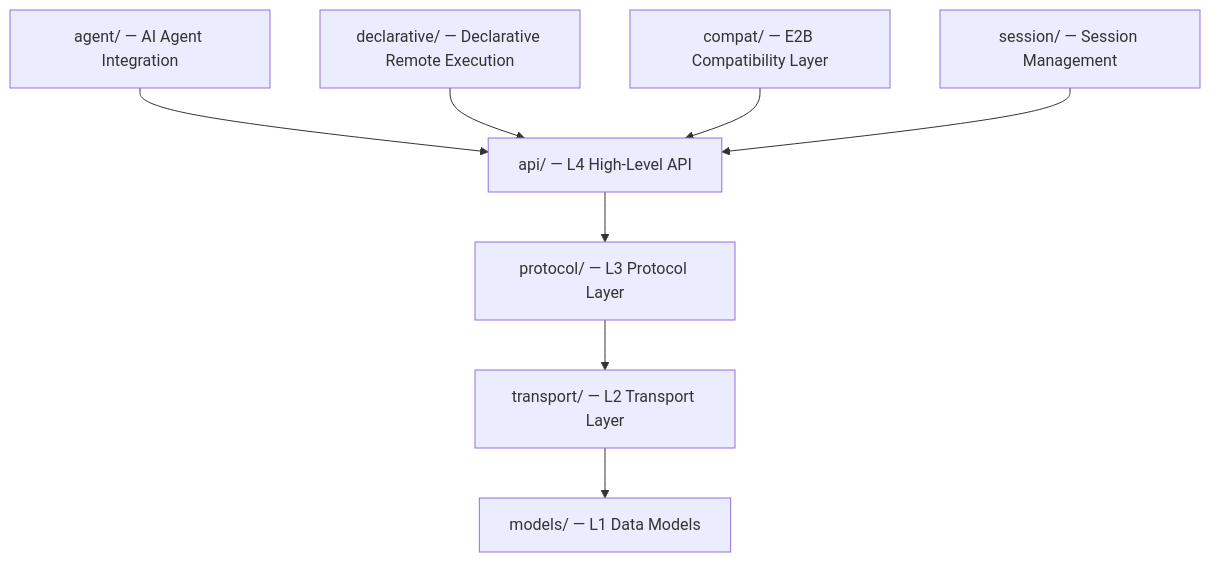
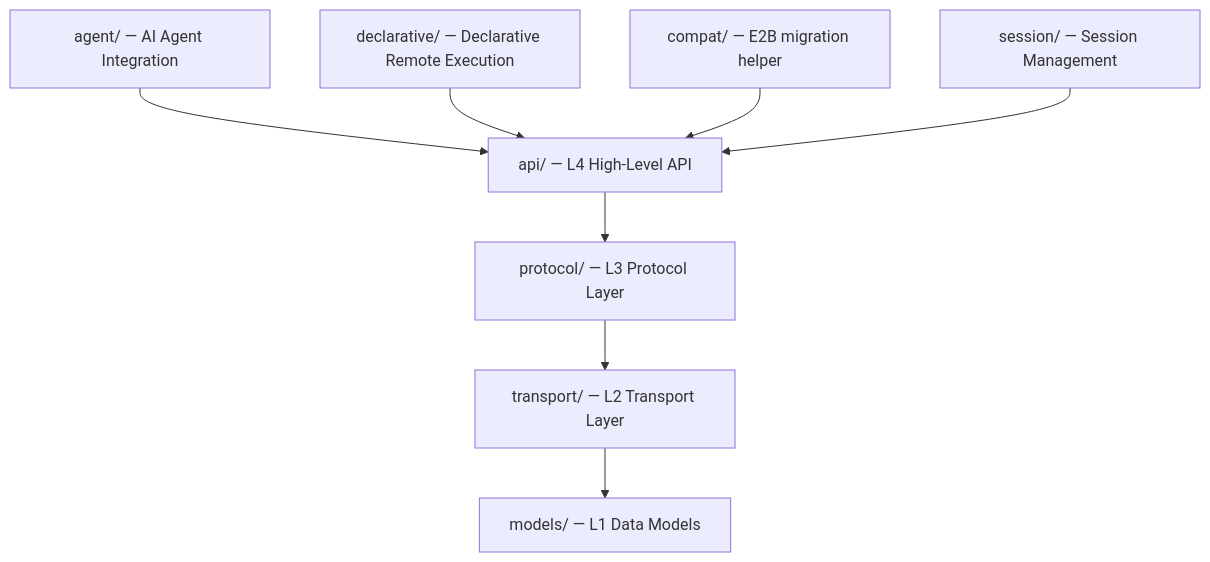
Before and after one commit to Alibaba-Agent-Sandbox/python-sdk: the third of 3 diagrams in docs/en/explanation/architecture-overview.md, drawn with Mermaid. The commit also changed other lines of this file and 819 other files, not shown here.

````diff
--- a/docs/en/explanation/architecture-overview.md
+++ b/docs/en/explanation/architecture-overview.md
@@ -113,17 +114,17 @@
 ```mermaid
 graph TB
     API["api/ — L4 High-Level API"]
     Protocol["protocol/ — L3 Protocol Layer"]
     Transport["transport/ — L2 Transport Layer"]
     Models["models/ — L1 Data Models"]
     Decl["declarative/ — Declarative Remote Execution"]
     AgentMod["agent/ — AI Agent Integration"]
     Sess["session/ — Session Management"]
-    Compat["compat/ — E2B Compatibility Layer"]
+    Compat["compat/ — E2B migration helper"]
 
     AgentMod --> API
     Decl --> API
     Compat --> API
     Sess --> API
     API --> Protocol --> Transport --> Models
 ```
````
